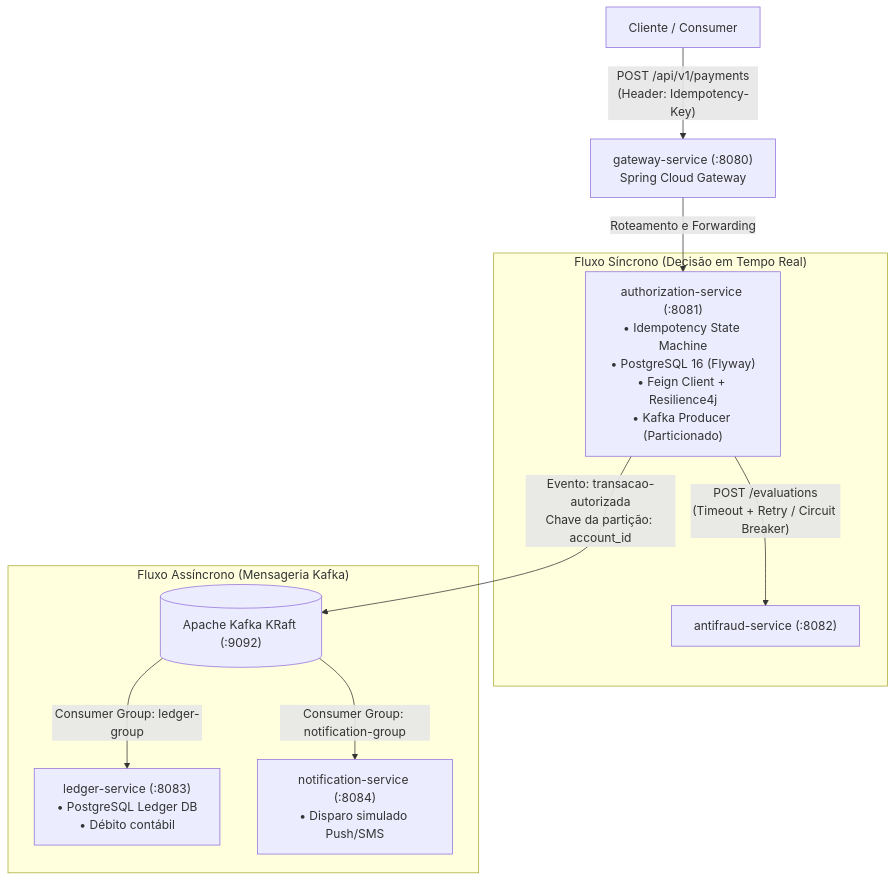
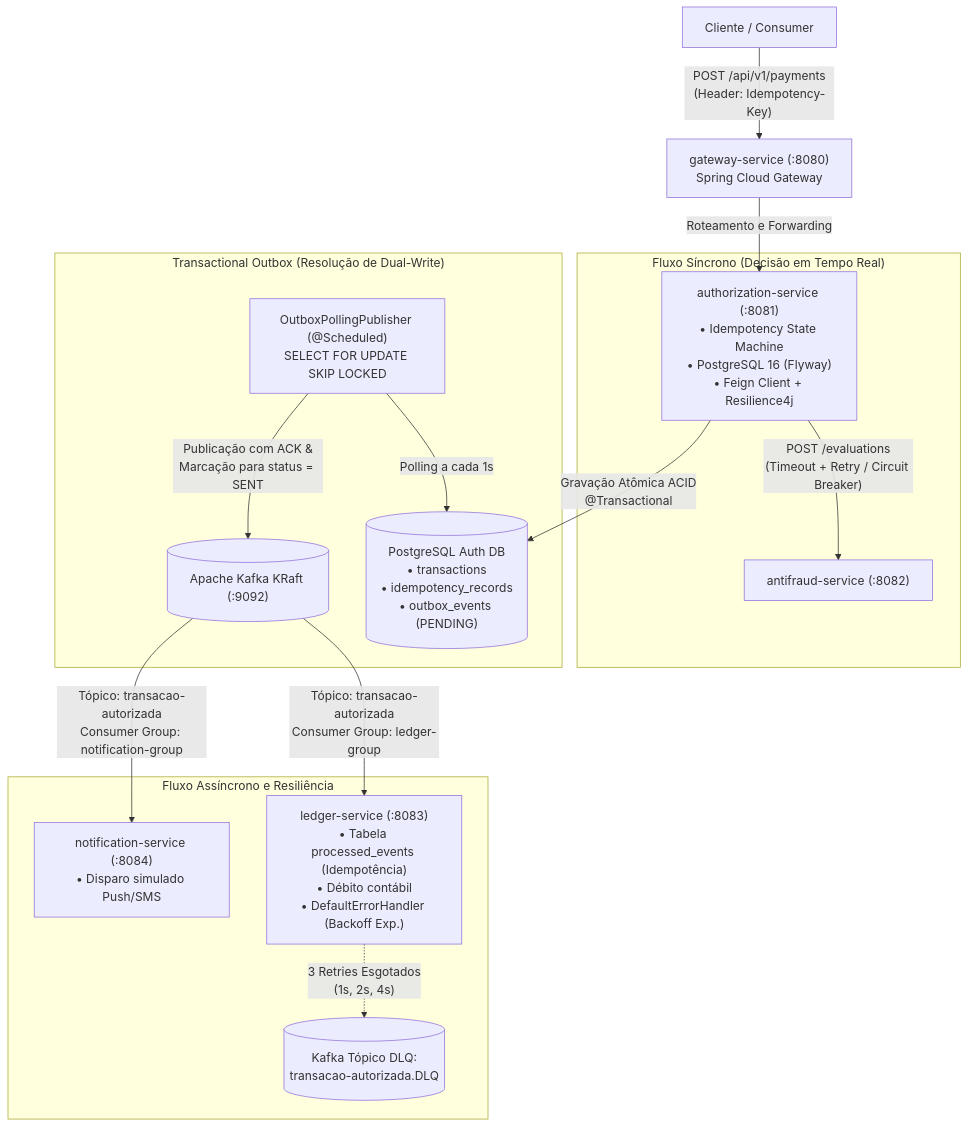
Before and after one commit to Guimathis/payments-authorization-system: the diagram in README.md, drawn with Mermaid. The commit also changed other lines of this file and 26 other files, not shown here.

Commit message:
feat: implement phase 3 transactional outbox, consumer idempotency, and dlq reprocessing

````diff
--- a/README.md
+++ b/README.md
@@ -21,17 +21,23 @@
 ```mermaid
 flowchart TD
     Client["Cliente / Consumer"] -->|"POST /api/v1/payments<br/>(Header: Idempotency-Key)"| Gateway["gateway-service (:8080)<br/>Spring Cloud Gateway"]
     
-    Gateway -->|"Roteamento e Forwarding"| Auth["authorization-service (:8081)<br/>• Idempotency State Machine<br/>• PostgreSQL 16 (Flyway)<br/>• Feign Client + Resilience4j<br/>• Kafka Producer (Particionado)"]
+    Gateway -->|"Roteamento e Forwarding"| Auth["authorization-service (:8081)<br/>• Idempotency State Machine<br/>• PostgreSQL 16 (Flyway)<br/>• Feign Client + Resilience4j"]
 
     subgraph Sincrono ["Fluxo Síncrono (Decisão em Tempo Real)"]
         Auth -->|"POST /evaluations<br/>(Timeout + Retry / Circuit Breaker)"| Antifraud["antifraud-service (:8082)"]
     end
 
-    subgraph Assincrono ["Fluxo Assíncrono (Mensageria Kafka)"]
-        Auth -->|"Evento: transacao-autorizada<br/>Chave da partição: account_id"| Kafka[("Apache Kafka KRaft (:9092)")]
+    subgraph OutboxPattern ["Transactional Outbox (Resolução de Dual-Write)"]
+        Auth -->|"Gravação Atômica ACID<br/>@Transactional"| DBAuth[("PostgreSQL Auth DB<br/>• transactions<br/>• idempotency_records<br/>• outbox_events (PENDING)")]
+        OutboxPoller["OutboxPollingPublisher (@Scheduled)<br/>SELECT FOR UPDATE SKIP LOCKED"] -->|"Polling a cada 1s"| DBAuth
+        OutboxPoller -->|"Publicação com ACK &<br/>Marcação para status = SENT"| Kafka[("Apache Kafka KRaft (:9092)")]
+    end
+
+    subgraph Assincrono ["Fluxo Assíncrono e Resiliência"]
+        Kafka -->|"Tópico: transacao-autorizada<br/>Consumer Group: ledger-group"| Ledger["ledger-service (:8083)<br/>• Tabela processed_events (Idempotência)<br/>• Débito contábil<br/>• DefaultErrorHandler (Backoff Exp.)"]
+        Kafka -->|"Tópico: transacao-autorizada<br/>Consumer Group: notification-group"| Notification["notification-service (:8084)<br/>• Disparo simulado Push/SMS"]
         
-        Kafka -->|"Consumer Group: ledger-group"| Ledger["ledger-service (:8083)<br/>• PostgreSQL Ledger DB<br/>• Débito contábil"]
-        Kafka -->|"Consumer Group: notification-group"| Notification["notification-service (:8084)<br/>• Disparo simulado Push/SMS"]
+        Ledger -.->|"3 Retries Esgotados<br/>(1s, 2s, 4s)"| DLQ[("Kafka Tópico DLQ:<br/>transacao-autorizada.DLQ")]
     end
 ```
````
